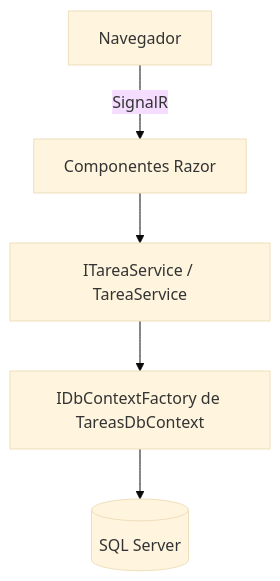
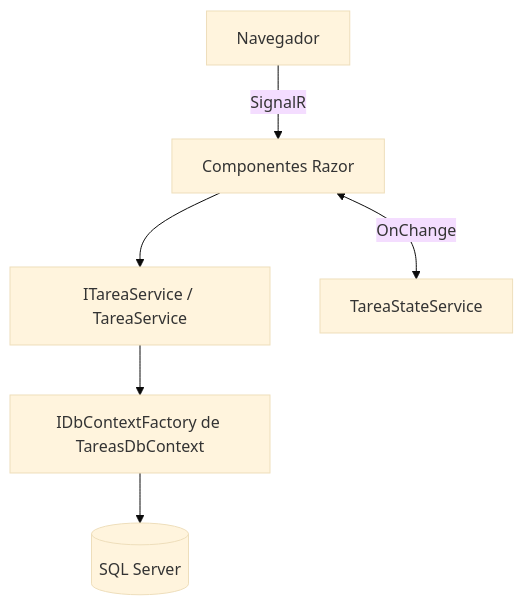
One commit to JaraClaudia/GestorTareas-Blazor changed the diagram in README.md. Above: the diagram before and after it, drawn with Mermaid (base theme). The commit also changed other lines of this file and 1 other file, not shown here.

````diff
--- a/README.md
+++ b/README.md
@@ -30,7 +41,8 @@
 ```mermaid
 flowchart TD
     A[Navegador] -->|SignalR| B[Componentes Razor]
     B --> C[ITareaService / TareaService]
+    B <-->|OnChange| F[TareaStateService]
     C --> D[IDbContextFactory de TareasDbContext]
     D --> E[(SQL Server)]
 ```
````
